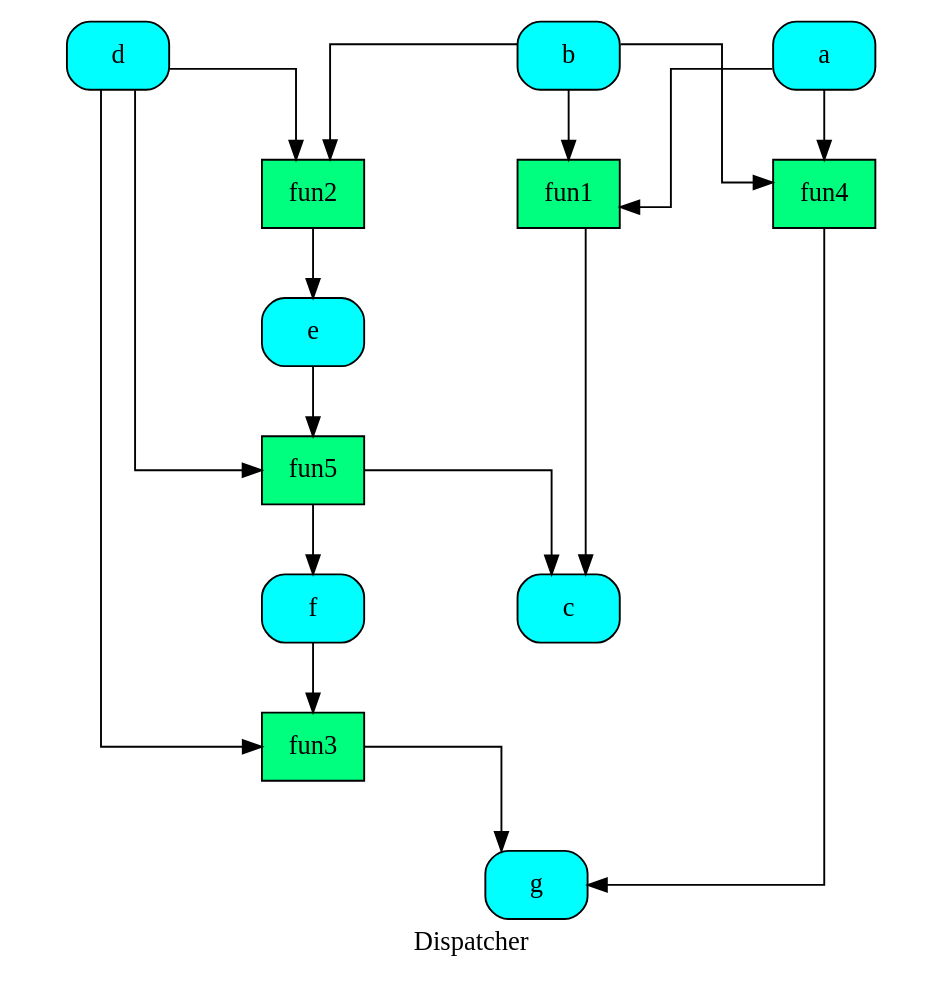
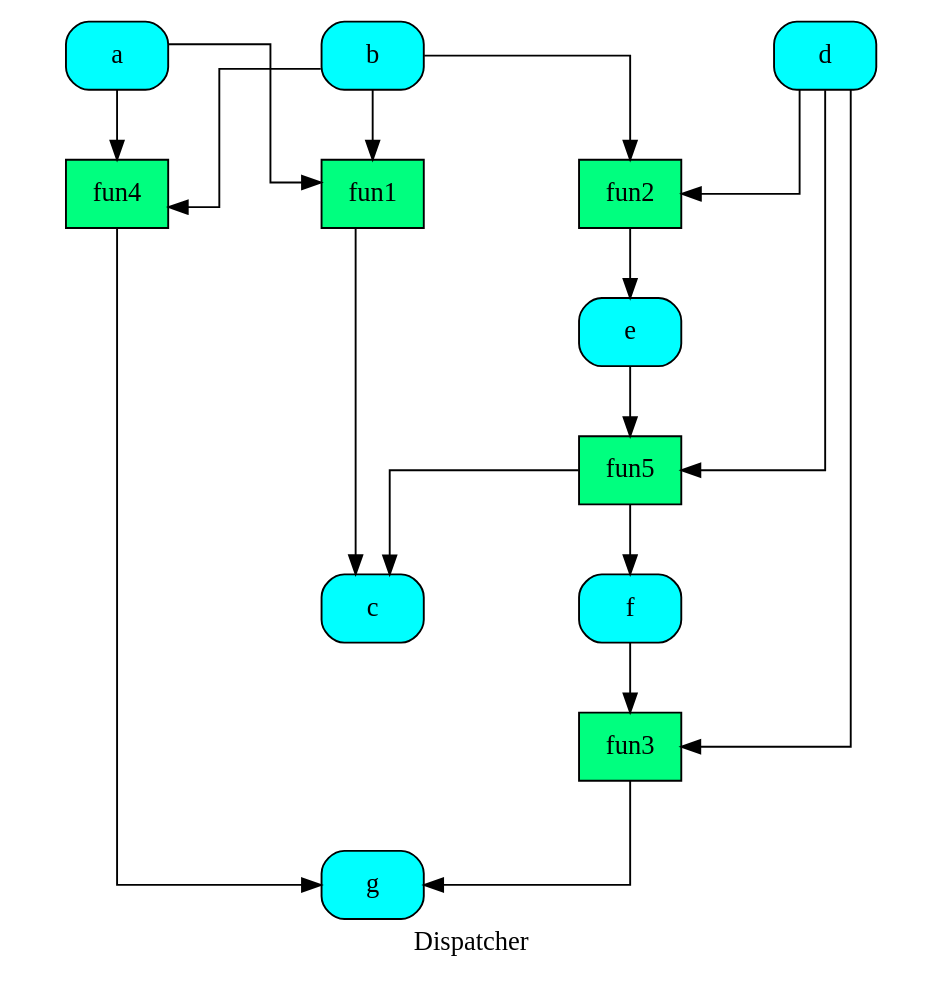
One commit to vinci1it2000/schedula changed the diagram in doc/dispatcher/__init__/shrink_dsp/dsp.dot. Above: the diagram before and after it, drawn with Graphviz. The commit also changed 27 other files, not shown here.

```diff
--- a/doc/dispatcher/__init__/shrink_dsp/dsp.dot
+++ b/doc/dispatcher/__init__/shrink_dsp/dsp.dot
@@ -1,34 +1,34 @@
 digraph Dispatcher {
 	graph [ratio=1]
 	node [style=filled]
 	label = "Dispatcher"
 	splines = ortho
-		Dispatcher_6185816497042703556 [label="{ b  }" fillcolor=cyan shape=Mrecord]
-		"Dispatcher_-6053996528196385240" [label="{ c  }" fillcolor=cyan shape=Mrecord]
-		Dispatcher_80253505391582396 [label="{ fun5  }" fillcolor=springgreen shape=record]
-		Dispatcher_2203997267912285163 [label="{ a  }" fillcolor=cyan shape=Mrecord]
-		"Dispatcher_-6092933762594426256" [label="{ g  }" fillcolor=cyan shape=Mrecord]
-		Dispatcher_2454507358469954929 [label="{ d  }" fillcolor=cyan shape=Mrecord]
-		"Dispatcher_-4752517256141709198" [label="{ fun3  }" fillcolor=springgreen shape=record]
-		Dispatcher_2280363104014426707 [label="{ fun2  }" fillcolor=springgreen shape=record]
-		Dispatcher_5036417800859362229 [label="{ fun4  }" fillcolor=springgreen shape=record]
-		"Dispatcher_-623183564480841321" [label="{ e  }" fillcolor=cyan shape=Mrecord]
-		Dispatcher_7981130265196280892 [label="{ f  }" fillcolor=cyan shape=Mrecord]
-		Dispatcher_688017470148481981 [label="{ fun1  }" fillcolor=springgreen shape=record]
-			Dispatcher_6185816497042703556 -> Dispatcher_2280363104014426707
-			Dispatcher_6185816497042703556 -> Dispatcher_688017470148481981
-			Dispatcher_6185816497042703556 -> Dispatcher_5036417800859362229
-			Dispatcher_80253505391582396 -> "Dispatcher_-6053996528196385240"
-			Dispatcher_80253505391582396 -> Dispatcher_7981130265196280892
-			Dispatcher_2203997267912285163 -> Dispatcher_688017470148481981
-			Dispatcher_2203997267912285163 -> Dispatcher_5036417800859362229
-			Dispatcher_2454507358469954929 -> "Dispatcher_-4752517256141709198"
-			Dispatcher_2454507358469954929 -> Dispatcher_2280363104014426707
-			Dispatcher_2454507358469954929 -> Dispatcher_80253505391582396
-			"Dispatcher_-4752517256141709198" -> "Dispatcher_-6092933762594426256"
-			Dispatcher_2280363104014426707 -> "Dispatcher_-623183564480841321"
-			Dispatcher_5036417800859362229 -> "Dispatcher_-6092933762594426256"
-			"Dispatcher_-623183564480841321" -> Dispatcher_80253505391582396
-			Dispatcher_7981130265196280892 -> "Dispatcher_-4752517256141709198"
-			Dispatcher_688017470148481981 -> "Dispatcher_-6053996528196385240"
+		Dispatcher_483858525469303520 [label="{ a  }" fillcolor=cyan shape=Mrecord]
+		Dispatcher_3004938395167122885 [label="{ fun3  }" fillcolor=springgreen shape=record]
+		"Dispatcher_-8490501165579404505" [label="{ b  }" fillcolor=cyan shape=Mrecord]
+		"Dispatcher_-6019607569703155223" [label="{ fun4  }" fillcolor=springgreen shape=record]
+		Dispatcher_2483061293966101162 [label="{ c  }" fillcolor=cyan shape=Mrecord]
+		Dispatcher_3051764158936598764 [label="{ f  }" fillcolor=cyan shape=Mrecord]
+		Dispatcher_8780722260480619695 [label="{ fun2  }" fillcolor=springgreen shape=record]
+		"Dispatcher_-4481680193965843537" [label="{ d  }" fillcolor=cyan shape=Mrecord]
+		"Dispatcher_-8579492817394849967" [label="{ g  }" fillcolor=cyan shape=Mrecord]
+		"Dispatcher_-4433713008490376746" [label="{ fun5  }" fillcolor=springgreen shape=record]
+		"Dispatcher_-2444876131868221513" [label="{ e  }" fillcolor=cyan shape=Mrecord]
+		Dispatcher_7097492771640920463 [label="{ fun1  }" fillcolor=springgreen shape=record]
+			Dispatcher_483858525469303520 -> "Dispatcher_-6019607569703155223"
+			Dispatcher_483858525469303520 -> Dispatcher_7097492771640920463
+			Dispatcher_3004938395167122885 -> "Dispatcher_-8579492817394849967"
+			"Dispatcher_-8490501165579404505" -> "Dispatcher_-6019607569703155223"
+			"Dispatcher_-8490501165579404505" -> Dispatcher_8780722260480619695
+			"Dispatcher_-8490501165579404505" -> Dispatcher_7097492771640920463
+			"Dispatcher_-6019607569703155223" -> "Dispatcher_-8579492817394849967"
+			Dispatcher_3051764158936598764 -> Dispatcher_3004938395167122885
+			Dispatcher_8780722260480619695 -> "Dispatcher_-2444876131868221513"
+			"Dispatcher_-4481680193965843537" -> Dispatcher_3004938395167122885
+			"Dispatcher_-4481680193965843537" -> "Dispatcher_-4433713008490376746"
+			"Dispatcher_-4481680193965843537" -> Dispatcher_8780722260480619695
+			"Dispatcher_-4433713008490376746" -> Dispatcher_2483061293966101162
+			"Dispatcher_-4433713008490376746" -> Dispatcher_3051764158936598764
+			"Dispatcher_-2444876131868221513" -> "Dispatcher_-4433713008490376746"
+			Dispatcher_7097492771640920463 -> Dispatcher_2483061293966101162
 }
```
